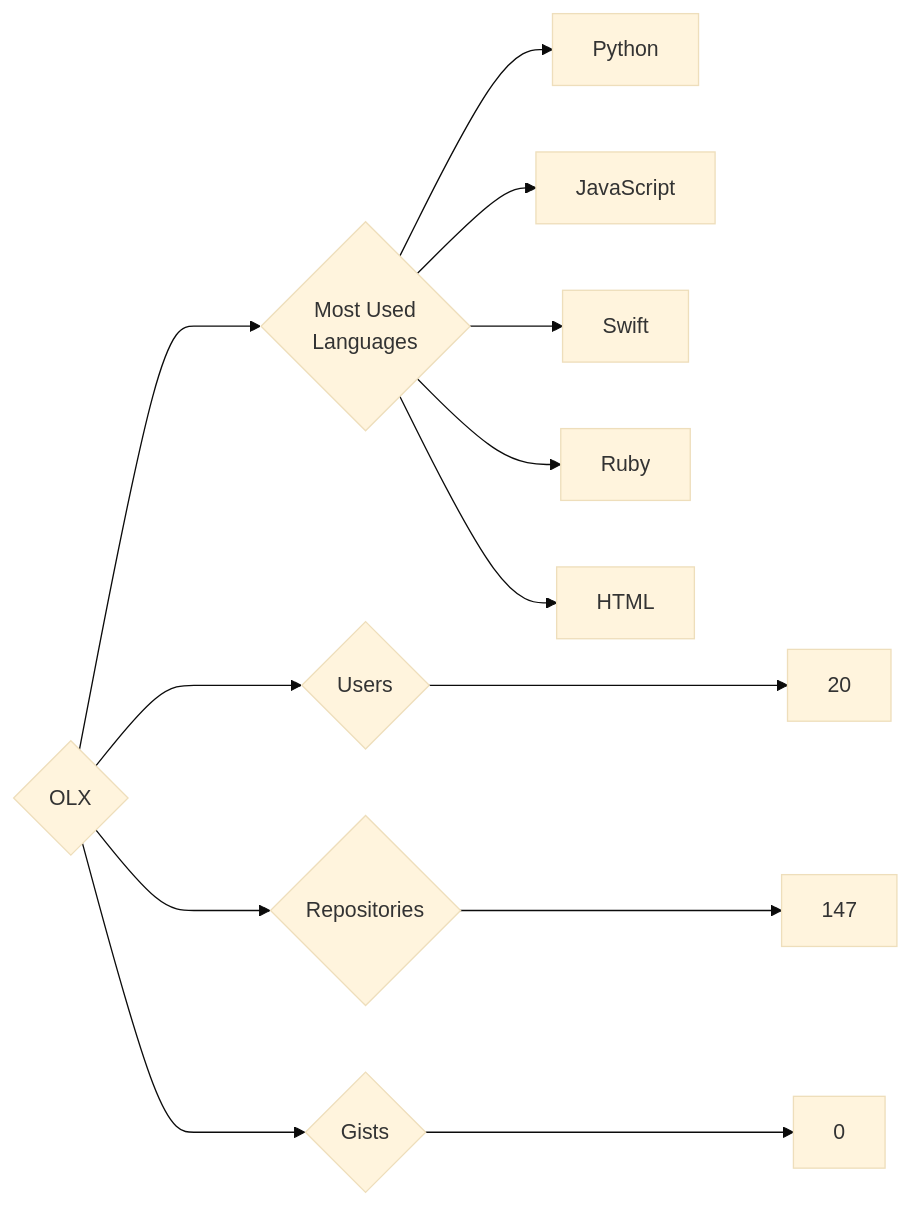
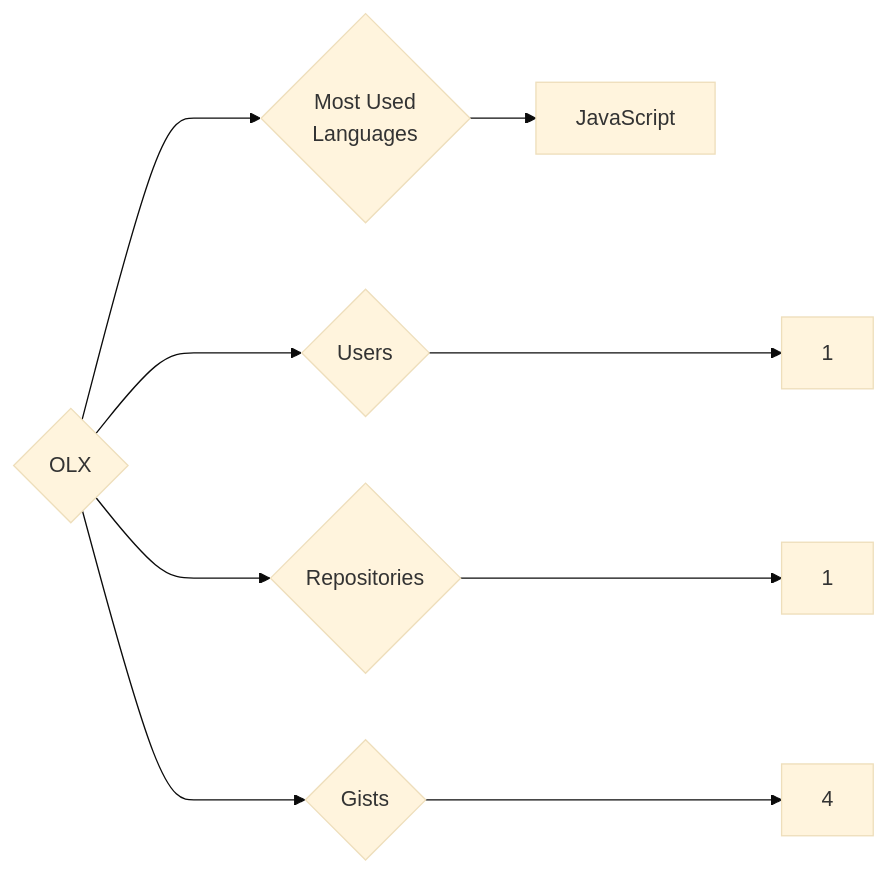
The diagram in targets/OLX/README.md (trickest/insiders), drawn with Mermaid (base theme) before and after one commit. The commit also changed 997 other files, not shown here.

````diff
--- a/targets/OLX/README.md
+++ b/targets/OLX/README.md
@@ -3,13 +3,9 @@
 ```mermaid
 graph LR
 COMPANY_NAME{OLX}
-COMPANY_NAME ---> U{Users} ---> UN[20]
-COMPANY_NAME ---> R{Repositories} ---> RN[147]
-COMPANY_NAME ---> G{Gists} ---> GN[0]
+COMPANY_NAME ---> U{Users} ---> UN[1]
+COMPANY_NAME ---> R{Repositories} ---> RN[1]
+COMPANY_NAME ---> G{Gists} ---> GN[4]
 COMPANY_NAME ---> ML{Most Used<br>Languages}
-ML --> Python
-ML --> JavaScript
-ML --> Swift
-ML --> Ruby
-ML --> HTML
+ML --> JavaScript[JavaScript]
 ```
````
